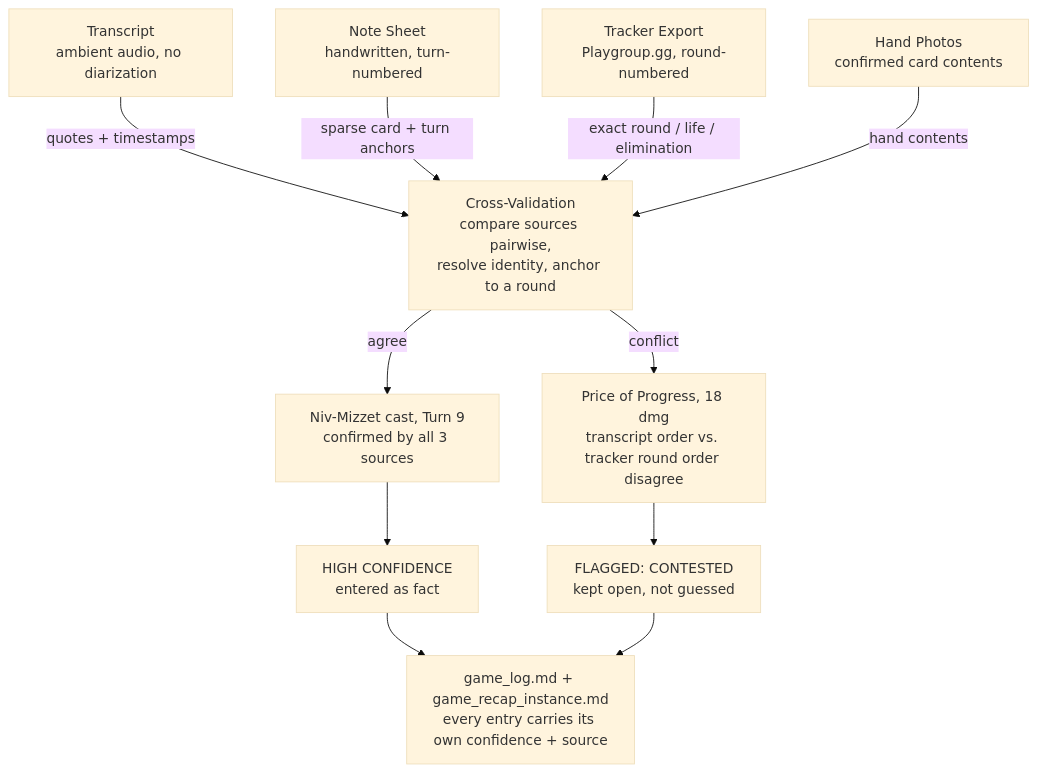
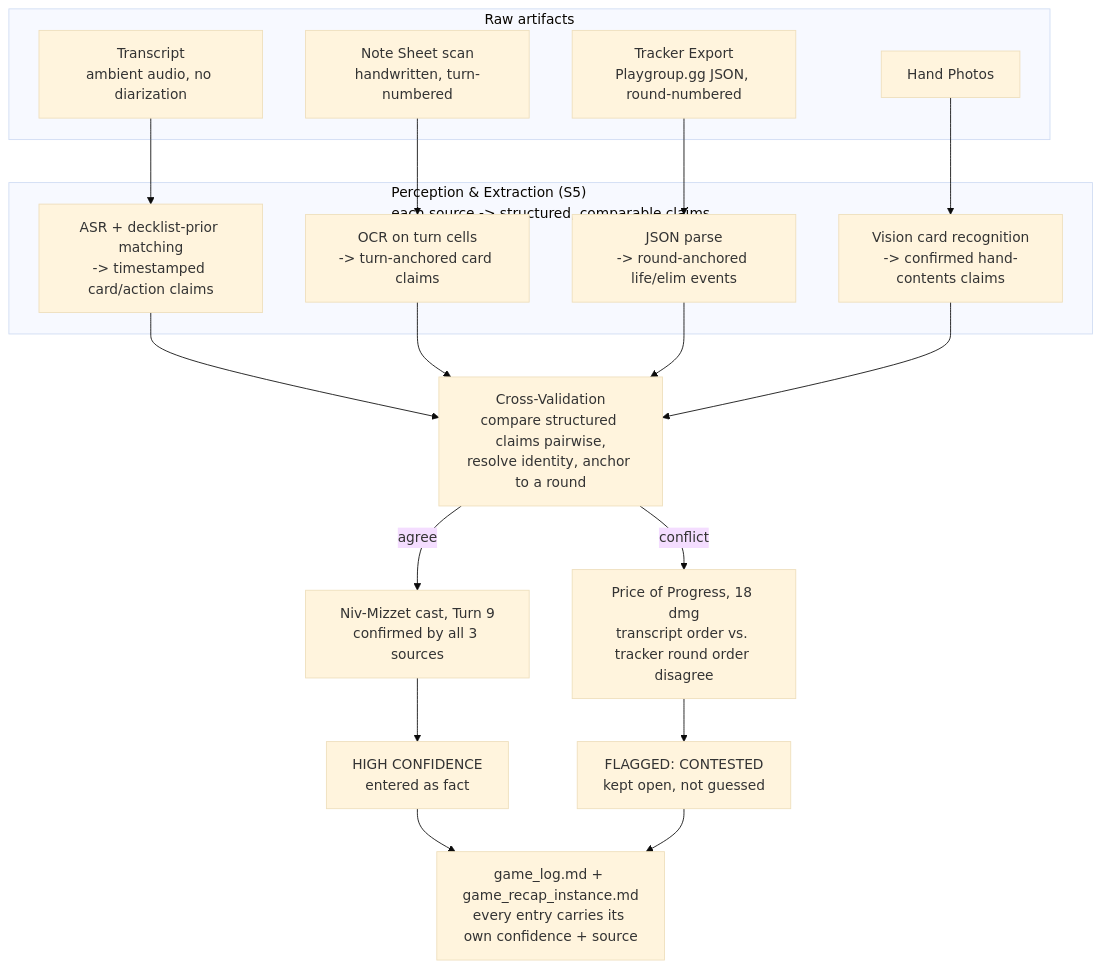
Before and after one commit to killriam/mtg-replay-notation: the second of 2 diagrams in spec/live-game-capture-spec.md, drawn with Mermaid (base theme). The commit also changed other lines of this file, not shown here.

Commit message:
docs(spec): add explicit extraction layer to the S3.5.1 flowchart
Raw artifacts weren't being shown going through S5 (Perception &
Action Extraction) before reaching cross-validation - the diagram
jumped straight from raw sources to the fusion step, which isn't how
S5/S6 are actually specified to relate. Adds the extraction layer
explicitly: each source's own recognition mechanism (ASR+decklist
matching, OCR, JSON parse, vision) reduces it to structured, comparable
claims before anything gets cross-validated.

This also resolves an open question about where "Scribe" recognition
fits: it doesn't, for this session. game_notes_scribe.md is what this
session's audio produces when the extraction step is skipped entirely
(straight to narrative prose, no structured per-fact claims survive) -
it's the "before" baseline carrying the same errors the case study
already describes, not an independent Scribe-channel input per S3.4's
actual definition of that term.

````diff
--- a/spec/live-game-capture-spec.md
+++ b/spec/live-game-capture-spec.md
@@ -297,16 +297,35 @@
 ```mermaid
 flowchart TD
-    T["Transcript<br/>ambient audio, no diarization"] -->|"quotes + timestamps"| X["Cross-Validation<br/>compare sources pairwise,<br/>resolve identity, anchor to a round"]
-    N["Note Sheet<br/>handwritten, turn-numbered"] -->|"sparse card + turn anchors"| X
-    K["Tracker Export<br/>Playgroup.gg, round-numbered"] -->|"exact round / life / elimination"| X
-    P["Hand Photos<br/>confirmed card contents"] -->|"hand contents"| X
+    subgraph Raw["Raw artifacts"]
+        T["Transcript<br/>ambient audio, no diarization"]
+        N["Note Sheet scan<br/>handwritten, turn-numbered"]
+        K["Tracker Export<br/>Playgroup.gg JSON, round-numbered"]
+        P["Hand Photos"]
+    end
+
+    subgraph Extract["Perception & Extraction (S5)<br/>each source -&gt; structured, comparable claims"]
+        ET["ASR + decklist-prior matching<br/>-&gt; timestamped card/action claims"]
+        EN["OCR on turn cells<br/>-&gt; turn-anchored card claims"]
+        EK["JSON parse<br/>-&gt; round-anchored life/elim events"]
+        EP["Vision card recognition<br/>-&gt; confirmed hand-contents claims"]
+    end
+
+    T --> ET
+    N --> EN
+    K --> EK
+    P --> EP
+
+    ET --> X["Cross-Validation<br/>compare structured claims pairwise,<br/>resolve identity, anchor to a round"]
+    EN --> X
+    EK --> X
+    EP --> X
 
     X -->|"agree"| A["Niv-Mizzet cast, Turn 9<br/>confirmed by all 3 sources"]
     X -->|"conflict"| B["Price of Progress, 18 dmg<br/>transcript order vs. tracker round order disagree"]
 
     A --> H["HIGH CONFIDENCE<br/>entered as fact"]
     B --> F["FLAGGED: CONTESTED<br/>kept open, not guessed"]
 
     H --> O["game_log.md + game_recap_instance.md<br/>every entry carries its own confidence + source"]
     F --> O
 ```
````
